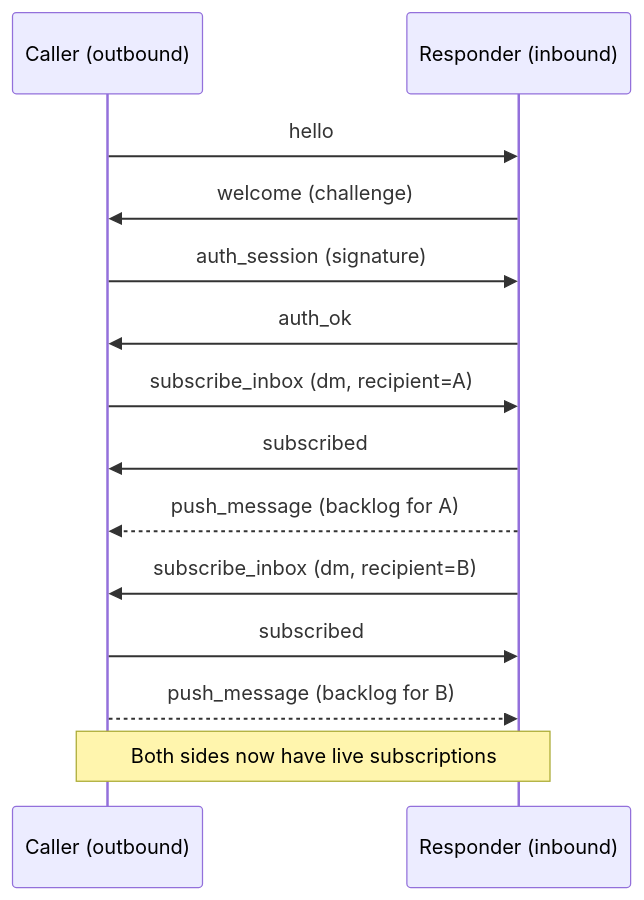
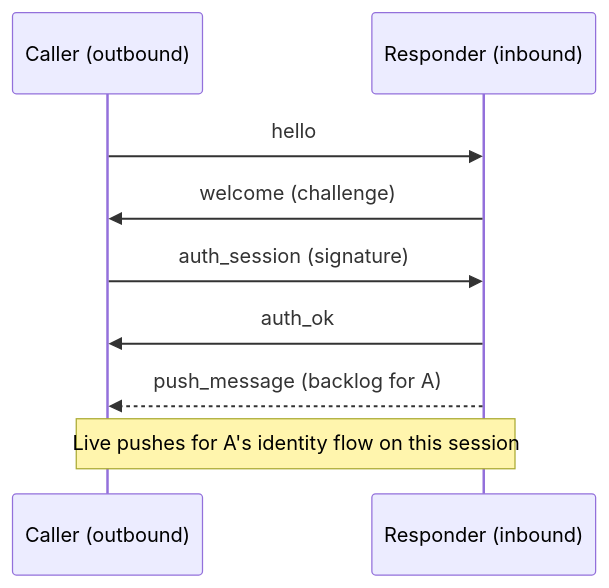
Before and after one commit to piratecash/corsa: the first of 4 diagrams in docs/protocol/realtime.md, drawn with Mermaid. The commit also changed other lines of this file and 67 other files, not shown here.

````diff
--- a/docs/protocol/realtime.md
+++ b/docs/protocol/realtime.md
@@ -123,16 +58,11 @@
 ```mermaid
 sequenceDiagram
     participant A as Caller (outbound)
     participant B as Responder (inbound)
     A->>B: hello
     B->>A: welcome (challenge)
     A->>B: auth_session (signature)
     B->>A: auth_ok
-    A->>B: subscribe_inbox (dm, recipient=A)
-    B->>A: subscribed
     B-->>A: push_message (backlog for A)
-    B->>A: subscribe_inbox (dm, recipient=B)
-    A->>B: subscribed
-    A-->>B: push_message (backlog for B)
-    note over A,B: Both sides now have live subscriptions
+    note over A,B: Live pushes for A's identity flow on this session
 ```
````
